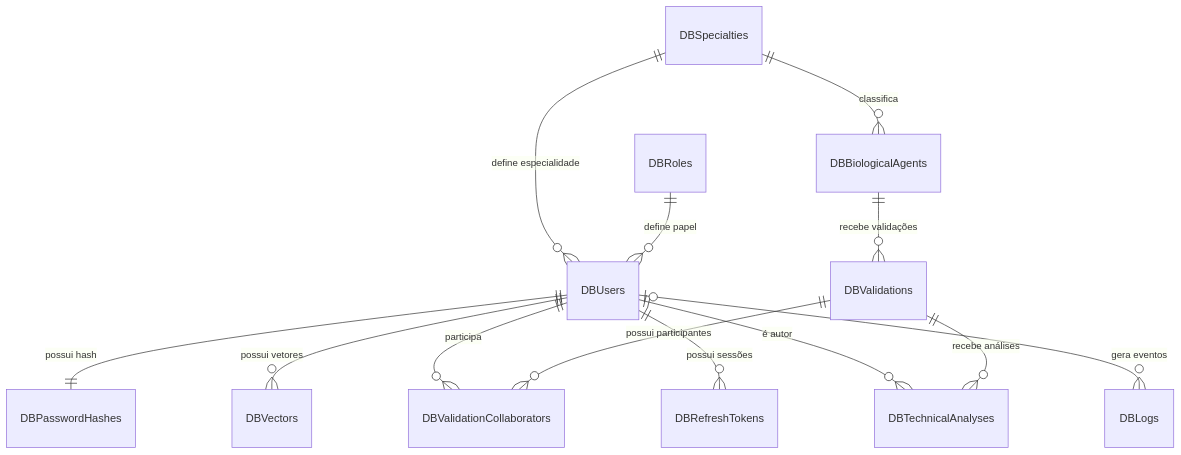
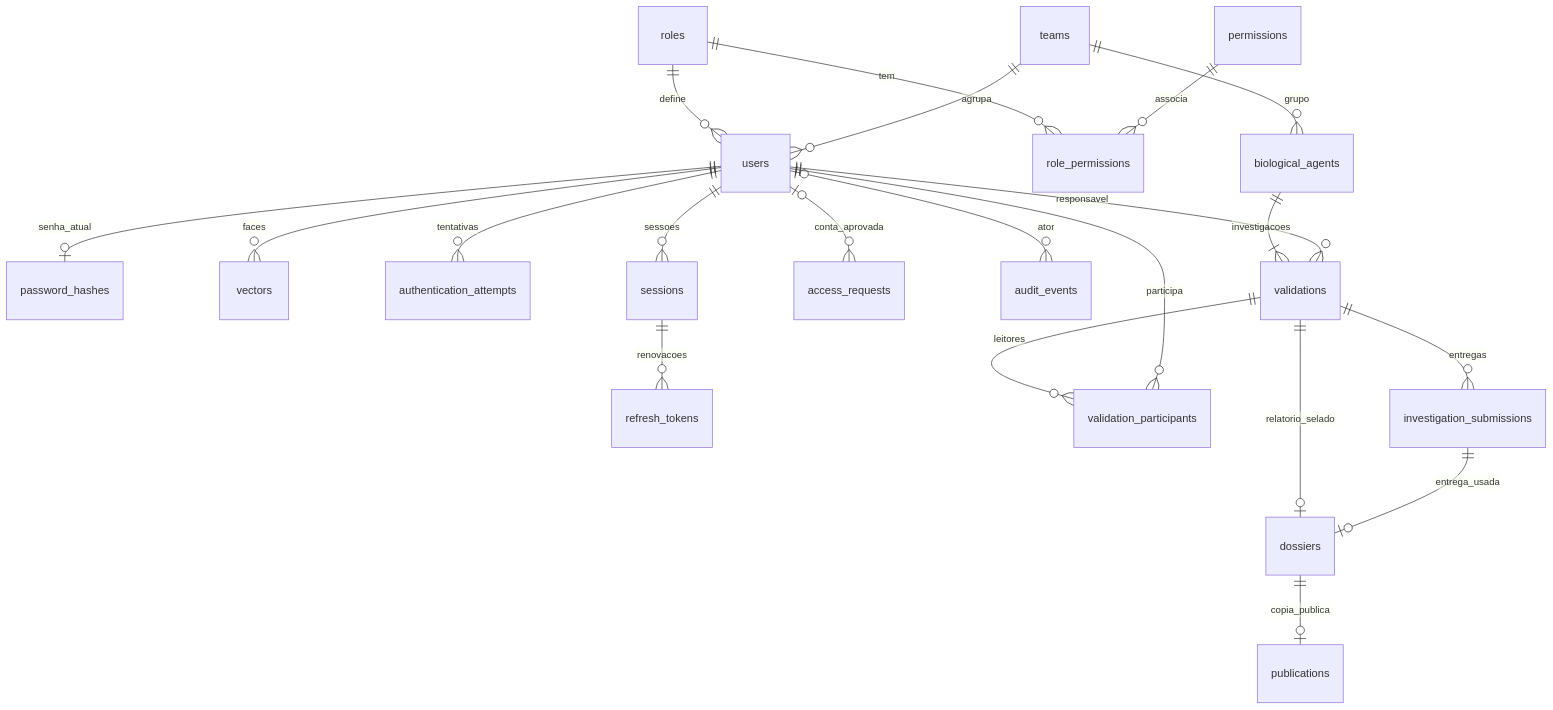
One commit to Luiznuness-py/facial_recognition changed the diagram in docs/DATABASE.md. Above: the diagram before and after it, drawn with Mermaid. The commit also changed other lines of this file and 15 other files, not shown here.

````diff
--- a/docs/DATABASE.md
+++ b/docs/DATABASE.md
@@ -173,15 +143,23 @@
 ```mermaid
 erDiagram
-    DBRoles ||--o{ DBUsers : "define papel"
-    DBSpecialties ||--o{ DBUsers : "define especialidade"
-    DBUsers ||--|| DBPasswordHashes : "possui hash"
-    DBUsers ||--o{ DBVectors : "possui vetores"
-    DBSpecialties ||--o{ DBBiologicalAgents : "classifica"
-    DBBiologicalAgents ||--o{ DBValidations : "recebe validações"
-    DBValidations ||--o{ DBValidationCollaborators : "possui participantes"
-    DBUsers ||--o{ DBValidationCollaborators : "participa"
-    DBValidations ||--o{ DBTechnicalAnalyses : "recebe análises"
-    DBUsers ||--o{ DBTechnicalAnalyses : "é autor"
-    DBUsers ||--o{ DBRefreshTokens : "possui sessões"
-    DBUsers o|--o{ DBLogs : "gera eventos"
+    roles ||--o{ users : define
+    roles ||--o{ role_permissions : tem
+    permissions ||--o{ role_permissions : associa
+    teams ||--o{ users : agrupa
+    users ||--o| password_hashes : senha_atual
+    users ||--o{ vectors : faces
+    users ||--o{ authentication_attempts : tentativas
+    users ||--o{ sessions : sessoes
+    sessions ||--o{ refresh_tokens : renovacoes
+    users o|--o{ access_requests : conta_aprovada
+    users o|--o{ audit_events : ator
+    teams ||--o{ biological_agents : grupo
+    biological_agents ||--|{ validations : investigacoes
+    users ||--o{ validations : responsavel
+    validations ||--o{ validation_participants : leitores
+    users ||--o{ validation_participants : participa
+    validations ||--o{ investigation_submissions : entregas
+    validations ||--o| dossiers : relatorio_selado
+    investigation_submissions ||--o| dossiers : entrega_usada
+    dossiers ||--o| publications : copia_publica
 ```
````
